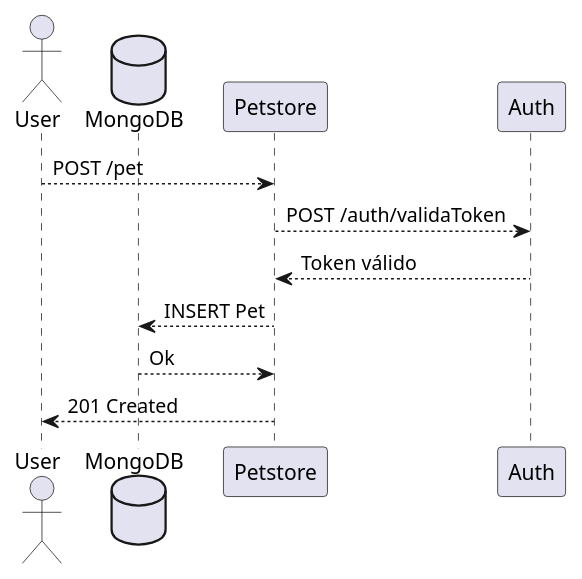
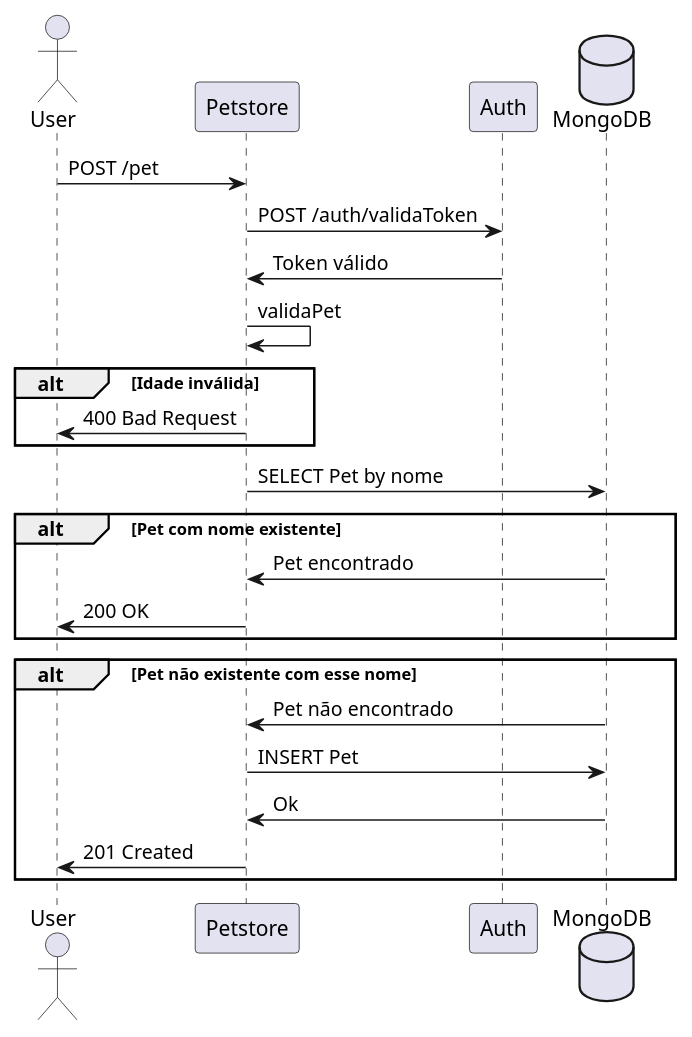
The diagram in diagramas/inserir.puml (adautomendes/DM124-1sem-2025), drawn with PlantUML before and after one commit.

Commit message:
Finalizando diagrama

```diff
--- a/diagramas/inserir.puml
+++ b/diagramas/inserir.puml
@@ -1,13 +1,31 @@
 @startuml
 
 actor User
+participant Petstore
+participant Auth
 database MongoDB
 
-User --> Petstore: POST /pet
-Petstore --> Auth: POST /auth/validaToken
-Auth --> Petstore: Token válido
-Petstore --> MongoDB : INSERT Pet
-MongoDB --> Petstore: Ok
-Petstore --> User: 201 Created
+User -> Petstore: POST /pet
+Petstore -> Auth: POST /auth/validaToken
+Auth -> Petstore: Token válido
+Petstore -> Petstore: validaPet
+
+alt Idade inválida
+    Petstore -> User: 400 Bad Request
+end
+
+Petstore -> MongoDB : SELECT Pet by nome
+
+alt Pet com nome existente
+    MongoDB -> Petstore: Pet encontrado
+    Petstore -> User: 200 OK
+end
+
+alt Pet não existente com esse nome
+    MongoDB -> Petstore: Pet não encontrado
+    Petstore -> MongoDB : INSERT Pet
+    MongoDB -> Petstore: Ok
+    Petstore -> User: 201 Created
+end
 
 @enduml
```
